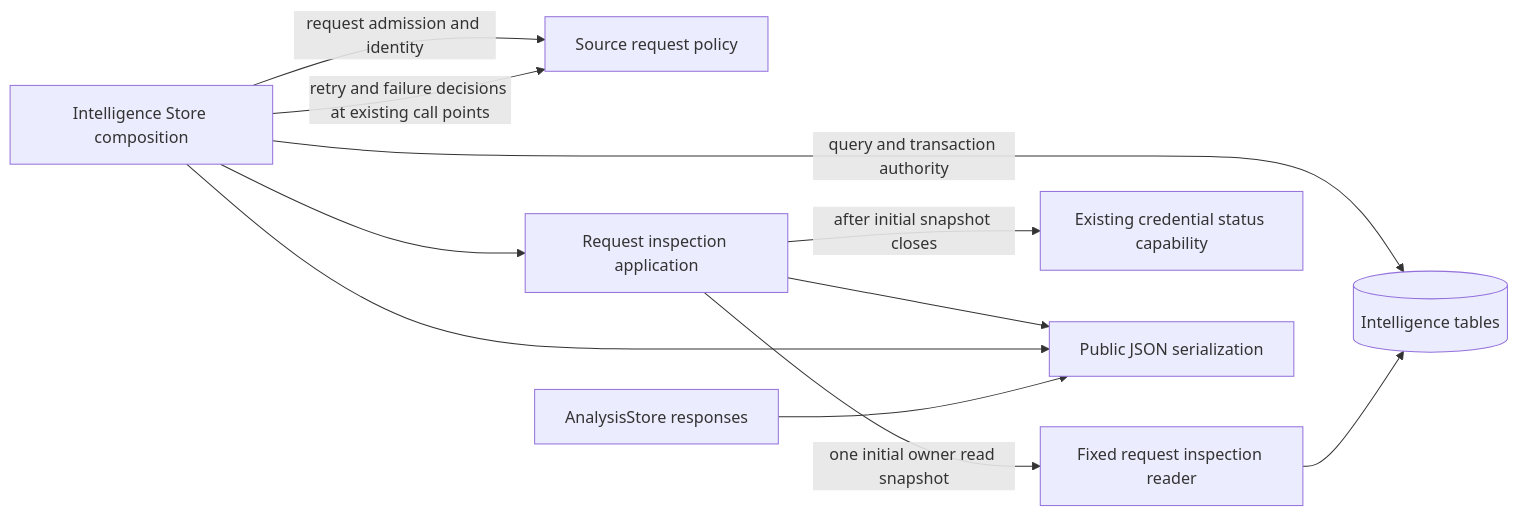
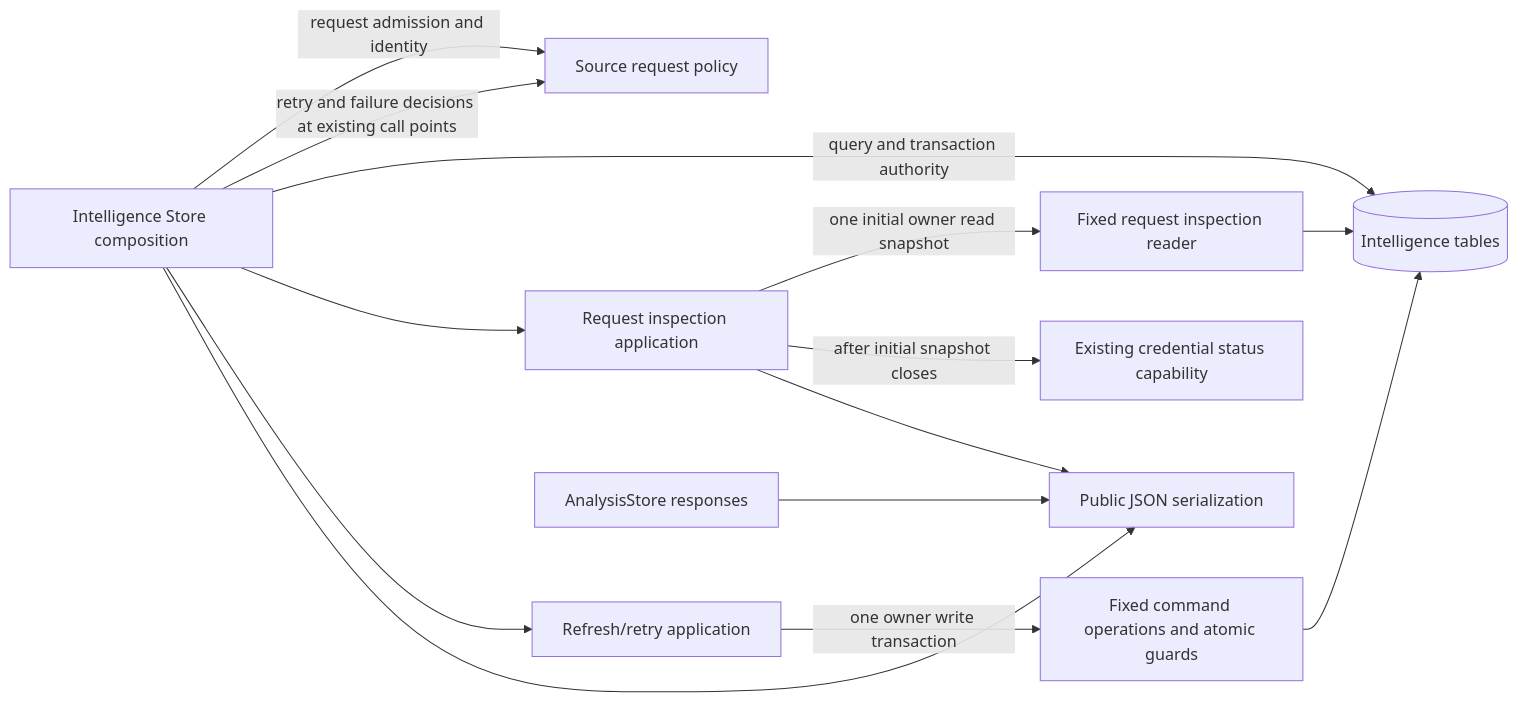
The diagram in services/intelligence/README.md (aaweaver-actuary/tempo), drawn with Mermaid before and after one commit. The commit also changed other lines of this file and 9 other files, not shown here.

Commit message:
Move Intelligence source retry and refresh workflow outside storage

````diff
--- a/services/intelligence/README.md
+++ b/services/intelligence/README.md
@@ -32,13 +33,16 @@
 ```mermaid
 flowchart LR
   store[Intelligence Store composition] -->|request admission and identity| policy[Source request policy]
   store -->|retry and failure decisions at existing call points| policy
   store -->|query and transaction authority| tables[(Intelligence tables)]
   store --> inspection[Request inspection application]
   inspection -->|one initial owner read snapshot| reader[Fixed request inspection reader]
   reader --> tables
   inspection -->|after initial snapshot closes| credentials[Existing credential status capability]
   inspection --> serializer
+  store --> commands[Refresh/retry application]
+  commands -->|one owner write transaction| writer[Fixed command operations and atomic guards]
+  writer --> tables
   store --> serializer[Public JSON serialization]
   analysis[AnalysisStore responses] --> serializer
 ```
````
